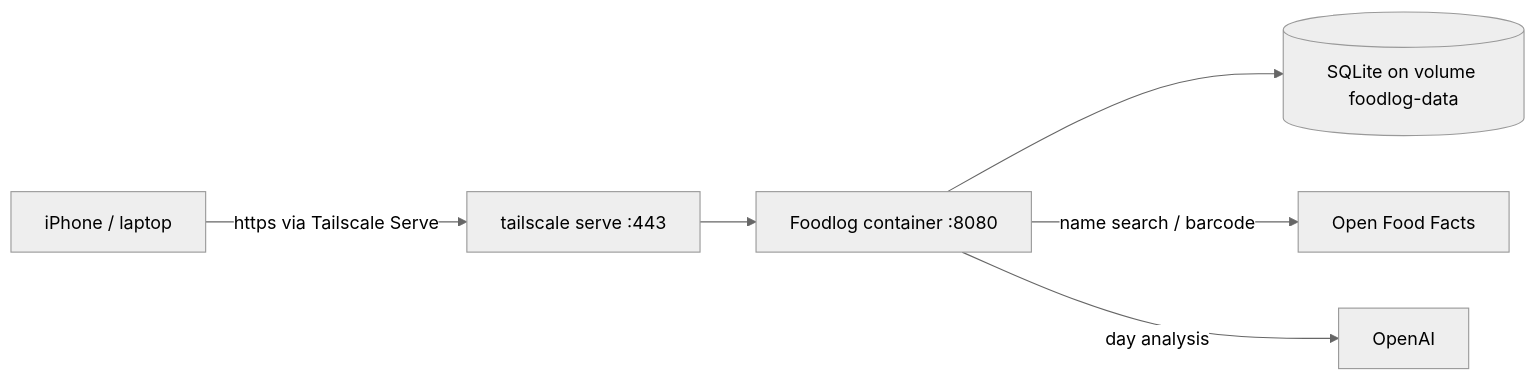
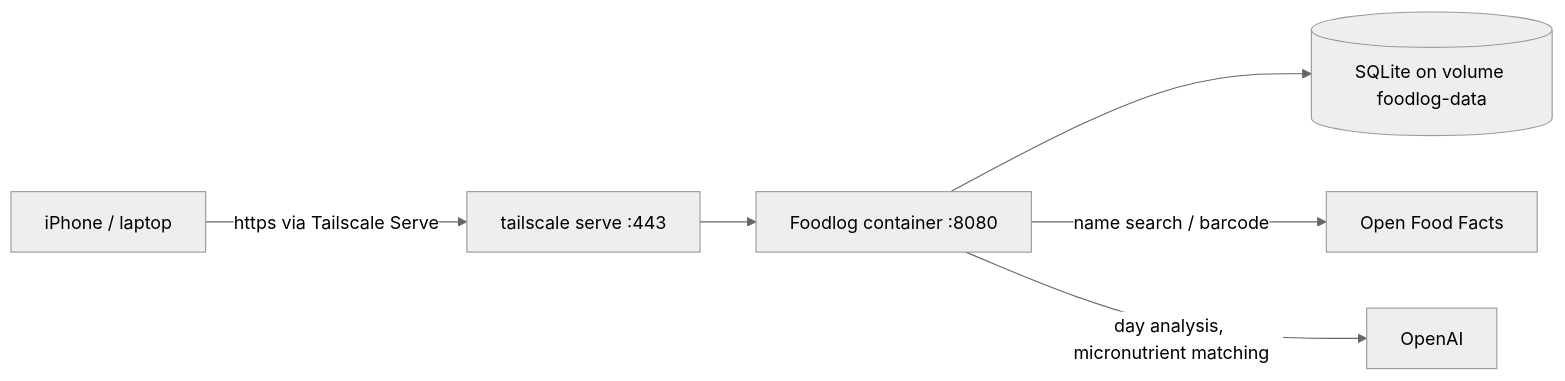
One commit to barrydaniels-nl/foodlog changed the diagram in README.md. Above: the diagram before and after it, drawn with Mermaid (neutral theme). The commit also changed other lines of this file and 50 other files, not shown here.

````diff
--- a/README.md
+++ b/README.md
@@ -37,8 +42,8 @@
 ```mermaid
 flowchart LR
   phone[iPhone / laptop] -- https via Tailscale Serve --> ts[tailscale serve :443]
   ts --> app[Foodlog container :8080]
   app --> db[(SQLite on volume foodlog-data)]
   app -- name search / barcode --> off[Open Food Facts]
-  app -- day analysis --> openai[OpenAI]
+  app -- day analysis, micronutrient matching --> openai[OpenAI]
 ```
````
